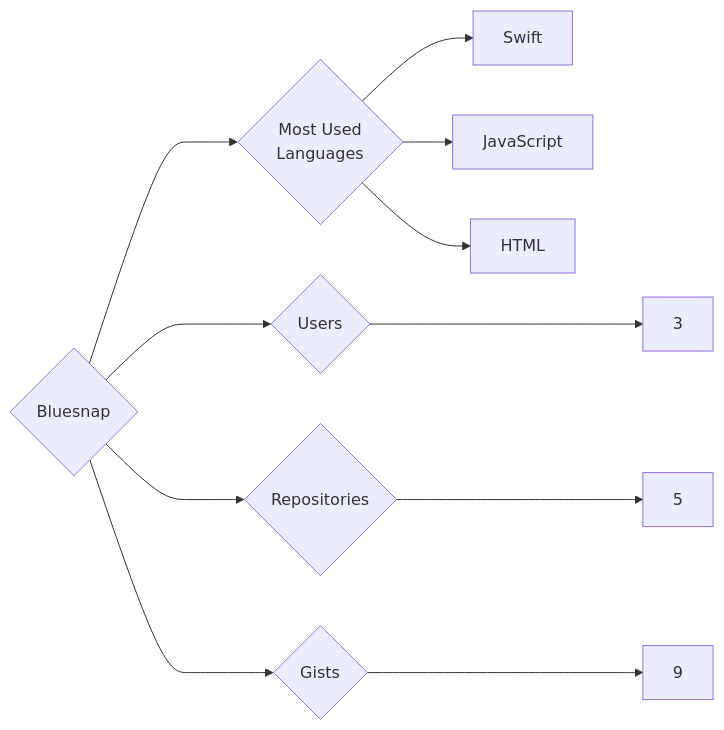
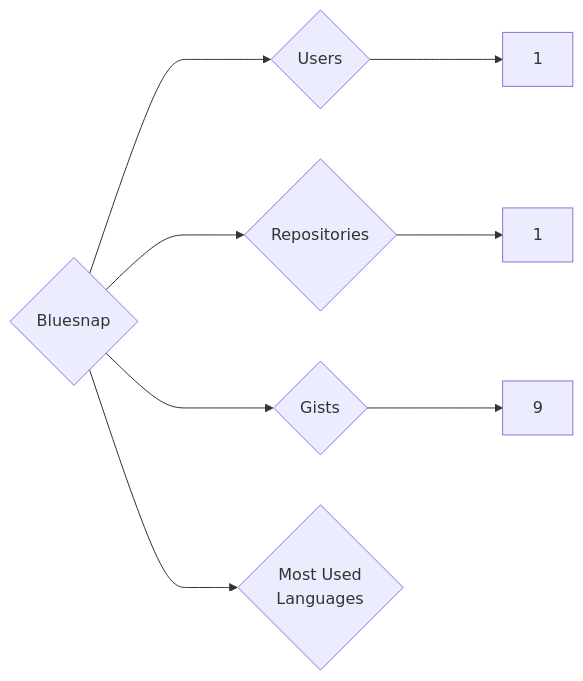
The diagram in targets/Bluesnap/README.md (trickest/insiders), drawn with Mermaid before and after one commit. The commit also changed 985 other files, not shown here.

````diff
--- a/targets/Bluesnap/README.md
+++ b/targets/Bluesnap/README.md
@@ -3,11 +3,8 @@
 ```mermaid
 graph LR
 COMPANY_NAME{Bluesnap}
-COMPANY_NAME ---> U{Users} ---> UN[3]
-COMPANY_NAME ---> R{Repositories} ---> RN[5]
+COMPANY_NAME ---> U{Users} ---> UN[1]
+COMPANY_NAME ---> R{Repositories} ---> RN[1]
 COMPANY_NAME ---> G{Gists} ---> GN[9]
 COMPANY_NAME ---> ML{Most Used<br>Languages}
-ML --> Swift[Swift]
-ML --> JavaScript[JavaScript]
-ML --> HTML[HTML]
 ```
````
